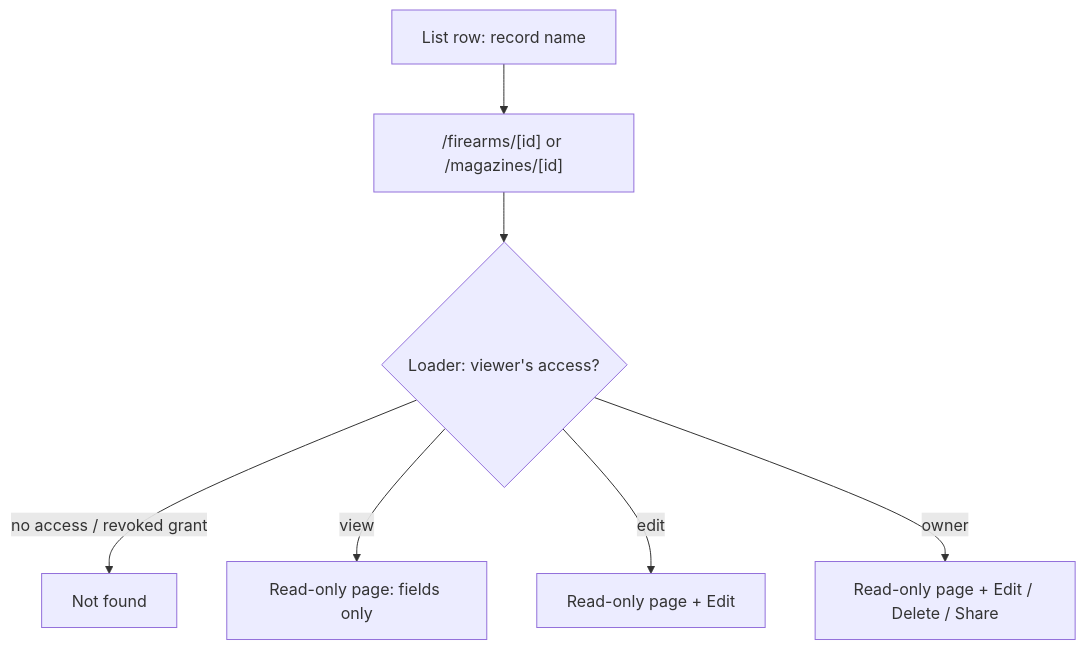
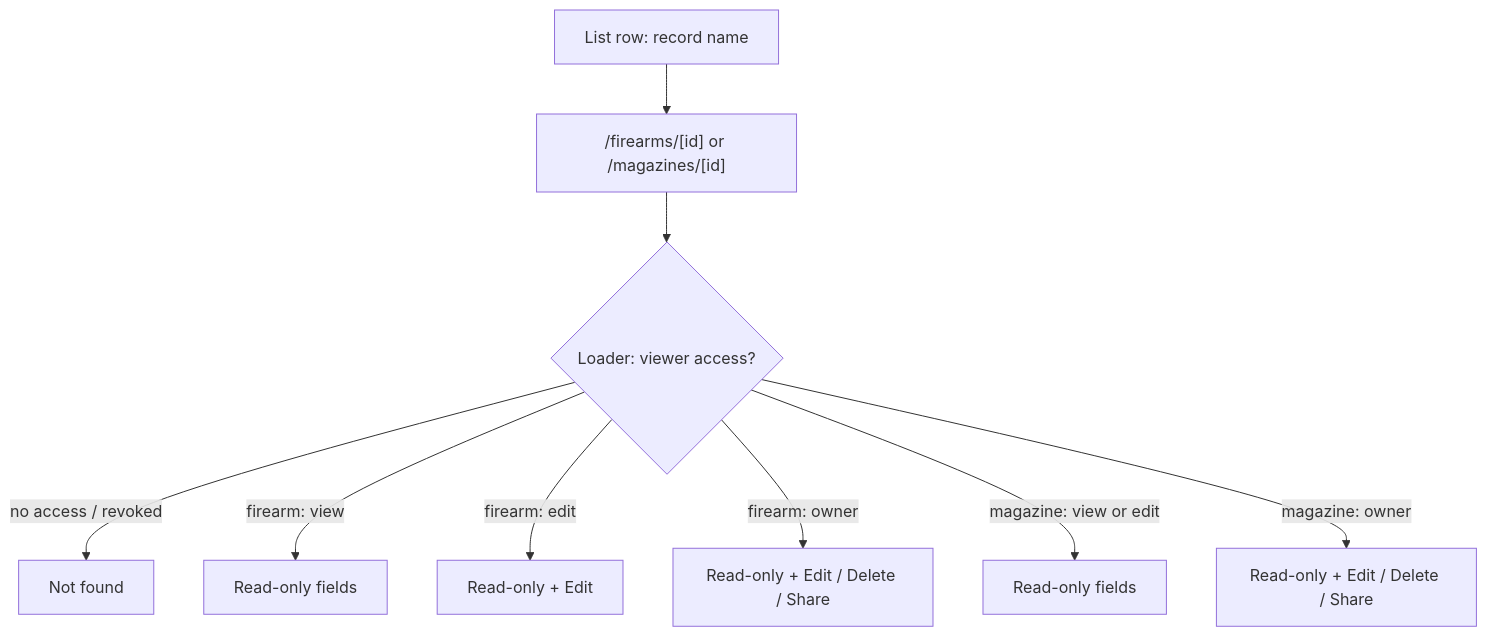
Before and after one commit to unclesp1d3r/mag_stacker: the diagram in docs/plans/2026-07-04-001-feat-firearm-magazine-detail-view-plan.md, drawn with Mermaid. The commit also changed other lines of this file, not shown here.

Commit message:
feat: refine read-only detail view for firearm and magazine records

````diff
--- a/docs/plans/2026-07-04-001-feat-firearm-magazine-detail-view-plan.md
+++ b/docs/plans/2026-07-04-001-feat-firearm-magazine-detail-view-plan.md
@@ -72,9 +80,11 @@
 ```mermaid
 flowchart TB
   L[List row: record name] --> D["/firearms/[id] or /magazines/[id]"]
-  D --> V{Loader: viewer's access?}
-  V -->|no access / revoked grant| NF[Not found]
-  V -->|view| RO[Read-only page: fields only]
-  V -->|edit| RE[Read-only page + Edit]
-  V -->|owner| RW[Read-only page + Edit / Delete / Share]
+  D --> V{Loader: viewer access?}
+  V -->|no access / revoked| NF[Not found]
+  V -->|firearm: view| FRO[Read-only fields]
+  V -->|firearm: edit| FRE[Read-only + Edit]
+  V -->|firearm: owner| FRW[Read-only + Edit / Delete / Share]
+  V -->|magazine: view or edit| MRO[Read-only fields]
+  V -->|magazine: owner| MRW[Read-only + Edit / Delete / Share]
 ```
````
